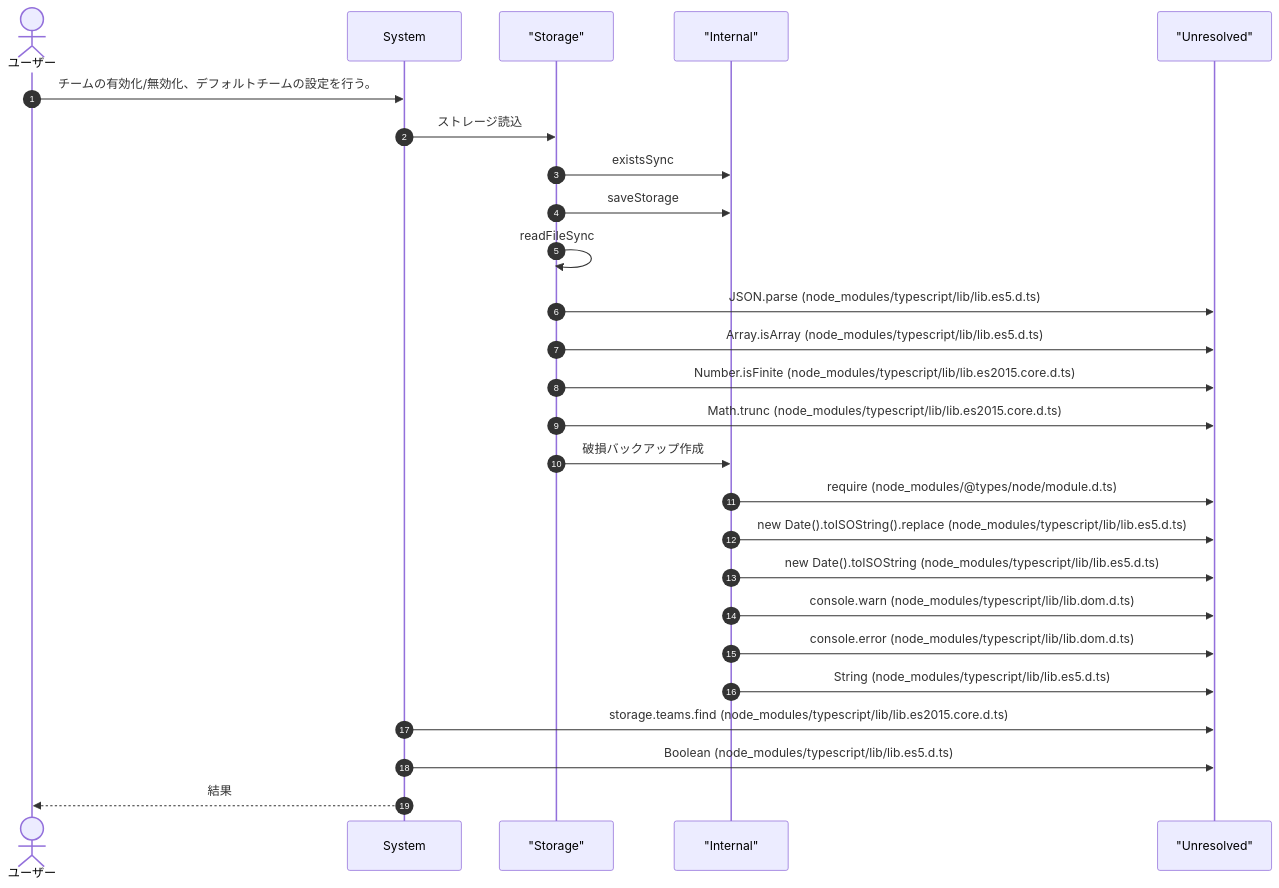
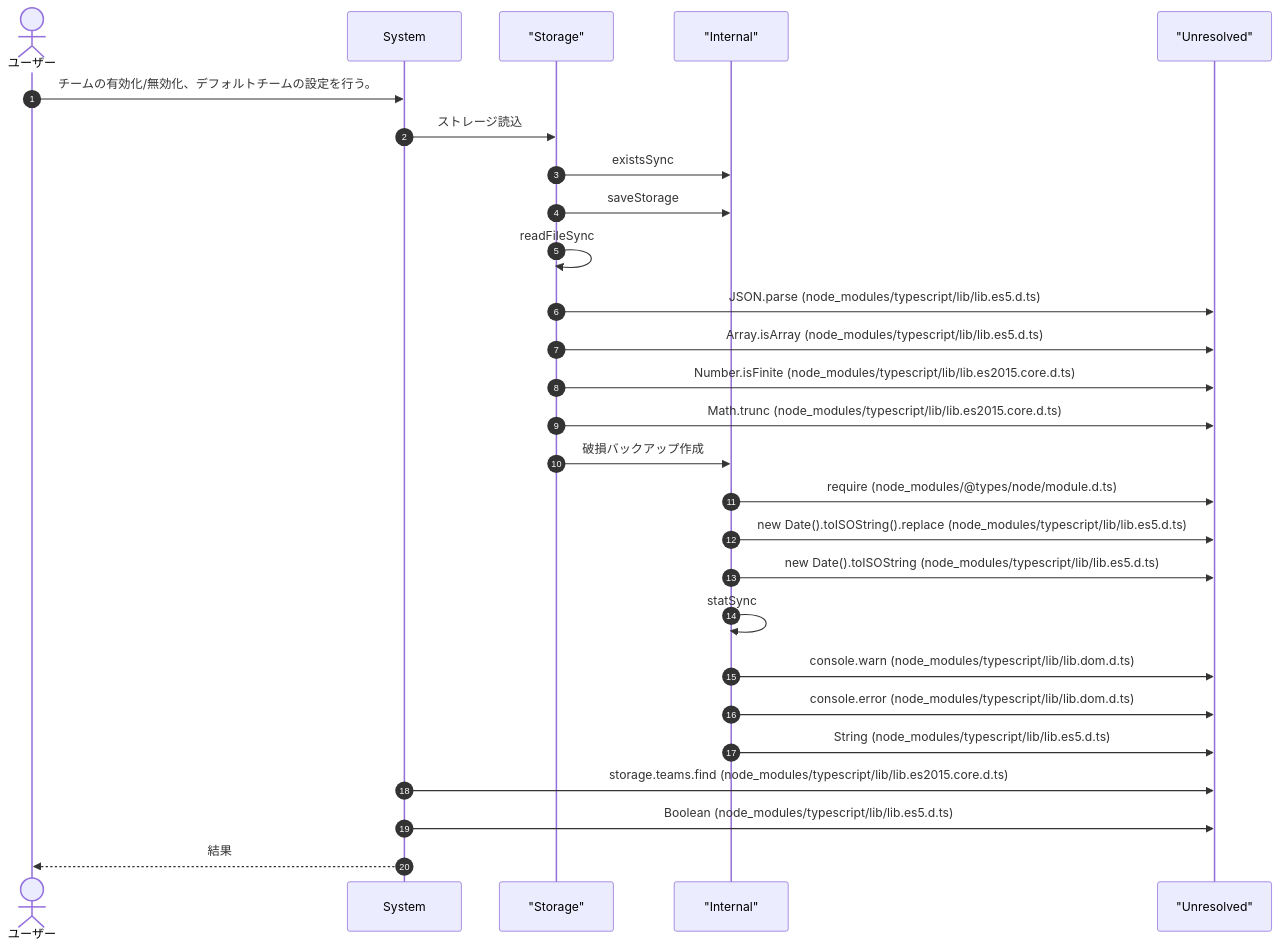
The third of 11 diagrams in ABDD/.pi/extensions/agent-teams/extension.md (Mekann2904/mekann), drawn with Mermaid before and after one commit. The commit also changed other lines of this file and 189 other files, not shown here.

````diff
--- a/ABDD/.pi/extensions/agent-teams/extension.md
+++ b/ABDD/.pi/extensions/agent-teams/extension.md
@@ -135,30 +137,31 @@
 ```mermaid
 sequenceDiagram
   autonumber
   actor User as ユーザー
   participant System as System
   participant Storage as "Storage"
   participant Internal as "Internal"
   participant Unresolved as "Unresolved"
 
   User->>System: チームの有効化/無効化、デフォルトチームの設定を行う。
   System->>Storage: ストレージ読込
   Storage->>Internal: existsSync
   Storage->>Internal: saveStorage
   Storage->>Storage: readFileSync
   Storage->>Unresolved: JSON.parse (node_modules/typescript/lib/lib.es5.d.ts)
   Storage->>Unresolved: Array.isArray (node_modules/typescript/lib/lib.es5.d.ts)
   Storage->>Unresolved: Number.isFinite (node_modules/typescript/lib/lib.es2015.core.d.ts)
   Storage->>Unresolved: Math.trunc (node_modules/typescript/lib/lib.es2015.core.d.ts)
   Storage->>Internal: 破損バックアップ作成
   Internal->>Unresolved: require (node_modules/@types/node/module.d.ts)
   Internal->>Unresolved: new Date().toISOString().replace (node_modules/typescript/lib/lib.es5.d.ts)
   Internal->>Unresolved: new Date().toISOString (node_modules/typescript/lib/lib.es5.d.ts)
+  Internal->>Internal: statSync
   Internal->>Unresolved: console.warn (node_modules/typescript/lib/lib.dom.d.ts)
   Internal->>Unresolved: console.error (node_modules/typescript/lib/lib.dom.d.ts)
   Internal->>Unresolved: String (node_modules/typescript/lib/lib.es5.d.ts)
   System->>Unresolved: storage.teams.find (node_modules/typescript/lib/lib.es2015.core.d.ts)
   System->>Unresolved: Boolean (node_modules/typescript/lib/lib.es5.d.ts)
   System-->>User: 結果
 
 ```
````
